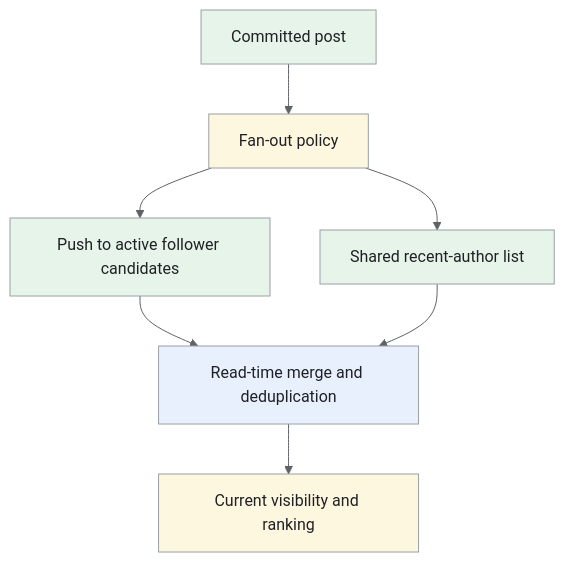
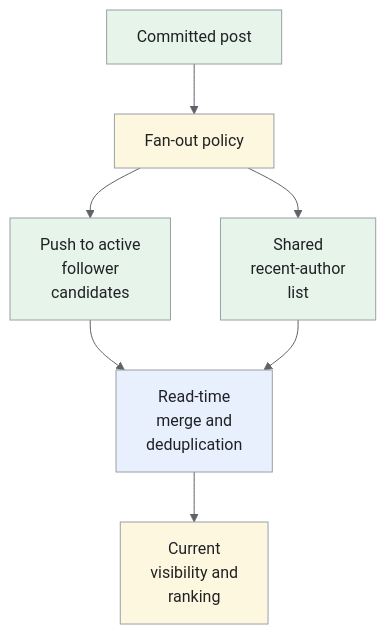
The fourth of 6 diagrams in _designs/system-design-twitter-x.md (iliazlobin/iliazlobin.github.io), drawn with Mermaid before and after one commit. The commit also changed other lines of this file and 116 other files, not shown here.

````diff
--- a/_designs/system-design-twitter-x.md
+++ b/_designs/system-design-twitter-x.md
@@ -263,17 +296,17 @@
 ```mermaid
-%%{init: {'theme':'base','themeVariables':{'primaryColor':'#e8f0fe','primaryTextColor':'#202124','primaryBorderColor':'#9aa0a6','lineColor':'#5f6368','secondaryColor':'#e6f4ea','tertiaryColor':'#fef7e0','actorBkg':'#e8f0fe','actorBorder':'#9aa0a6','actorTextColor':'#202124','noteBkgColor':'#fef7e0','noteTextColor':'#202124','noteBorderColor':'#9aa0a6','signalColor':'#5f6368','signalTextColor':'#202124','labelBoxBkgColor':'#fef7e0','labelBoxBorderColor':'#9aa0a6'}}}%%
+%%{init: {"theme":"base","themeVariables":{"primaryColor":"#e8f0fe","primaryBorderColor":"#9aa0a6","primaryTextColor":"#202124","secondaryColor":"#e6f4ea","tertiaryColor":"#fef7e0","lineColor":"#5f6368","actorBkg":"#e8f0fe","actorBorder":"#9aa0a6","actorTextColor":"#202124","noteBkgColor":"#fef7e0","noteBorderColor":"#9aa0a6","noteTextColor":"#202124","signalColor":"#5f6368","signalTextColor":"#202124"}}}%%
 flowchart TB
     P["Committed post"] --> F["Fan-out policy"]
-    F --> A["Push to active follower candidates"]
-    F --> B["Shared recent-author list"]
-    A --> M["Read-time merge and deduplication"]
+    F --> A["Push to active<br>follower<br>candidates"]
+    F --> B["Shared<br>recent-author<br>list"]
+    A --> M["Read-time<br>merge and<br>deduplication"]
     B --> M
-    M --> V["Current visibility and ranking"]
+    M --> V["Current<br>visibility and<br>ranking"]
 classDef request fill:#e8f0fe,stroke:#9aa0a6,color:#202124;
 classDef data fill:#e6f4ea,stroke:#9aa0a6,color:#202124;
 classDef control fill:#fef7e0,stroke:#9aa0a6,color:#202124;
 class M request;
 class P,A,B data;
 class F,V control;
 
 ```
````
